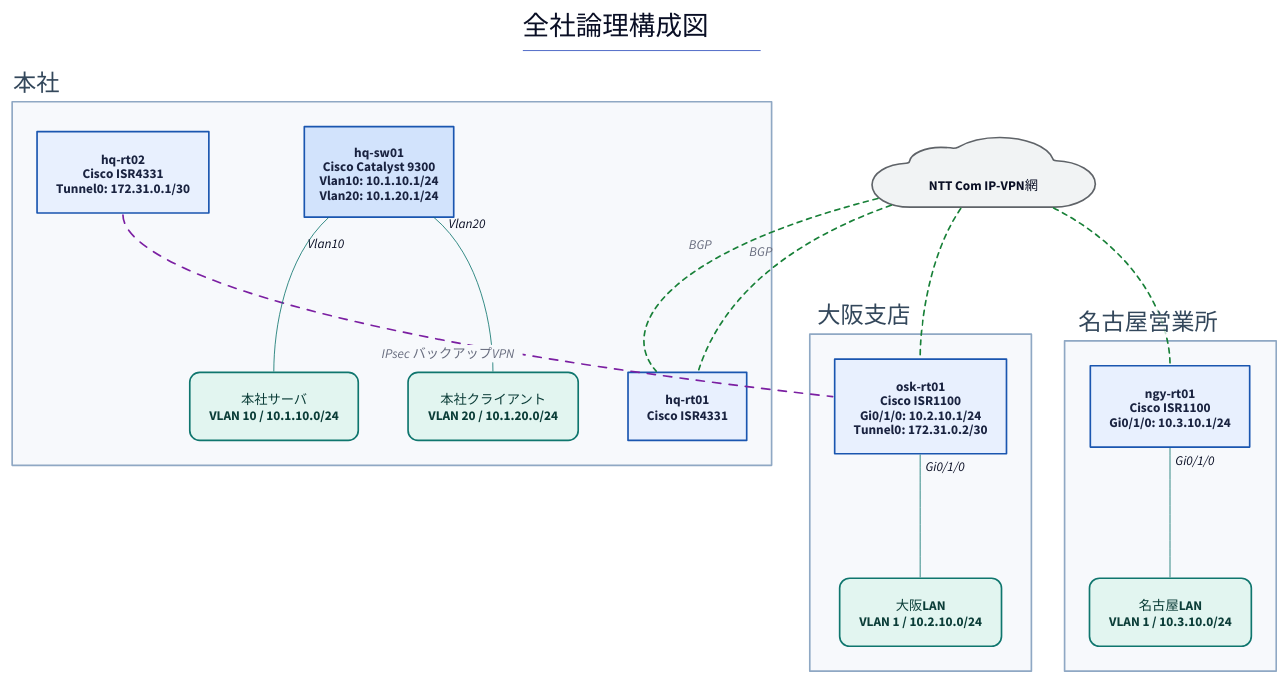
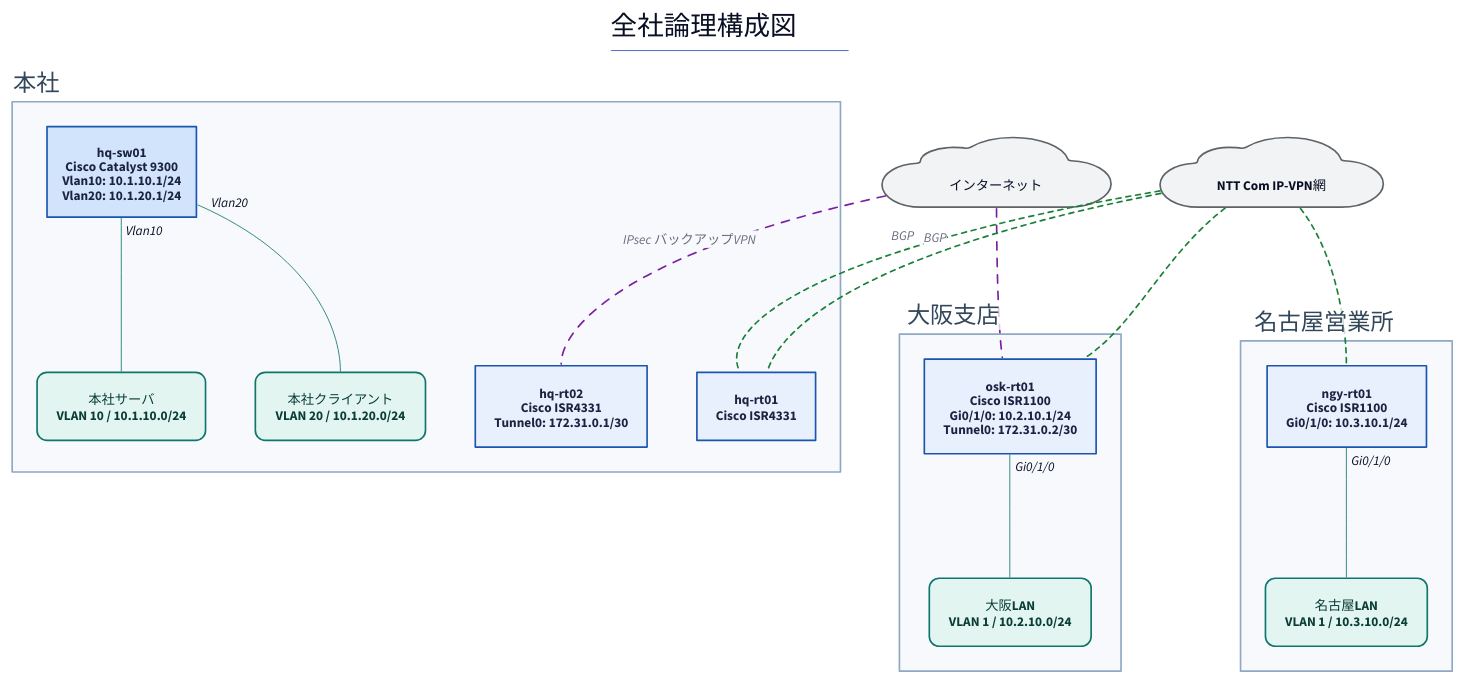
Before and after one commit to thinas1115/nwdsl: the diagram in examples/sample-corp/generated/logical-all.d2, drawn with D2. The commit also changed 51 other files, not shown here.

```diff
--- a/examples/sample-corp/generated/logical-all.d2
+++ b/examples/sample-corp/generated/logical-all.d2
@@ -1,59 +1,61 @@
 title: |md
   # 全社論理構成図
 | {near: top-center}
 direction: down
 
 classes: {
   role-router: {style.fill: "#e8f0fe"; style.stroke: "#1a56b0"; style.font-color: "#1a2340"}
   role-l3switch: {style.fill: "#d2e3fc"; style.stroke: "#1a56b0"; style.font-color: "#1a2340"}
   role-l2switch: {style.fill: "#e6f4ea"; style.stroke: "#137333"; style.font-color: "#1a2e1f"}
   role-firewall: {style.fill: "#fce8e6"; style.stroke: "#c5221f"; style.font-color: "#3c1a19"}
   role-other: {style.fill: "#f1f3f4"; style.stroke: "#5f6368"; style.font-color: "#202124"}
   node-cloud: {shape: cloud; style.fill: "#f1f3f4"; style.stroke: "#5f6368"}
   node-site: {style.fill: "#fff8e1"; style.stroke: "#b58105"; style.font-color: "#4a3a08"}
   node-segment: {style.fill: "#e2f5f0"; style.stroke: "#0f766e"; style.font-color: "#0b3d38"; style.border-radius: 12}
   node-external: {style.fill: "#ffffff"; style.stroke: "#9aa0a6"; style.stroke-dash: 3}
   group-site: {style.fill: "#f7f9fc"; style.stroke: "#8fa8c4"; style.font-color: "#33475b"}
   edge-label: {style.fill: "transparent"; style.stroke: "transparent"; style.font-size: 14; style.font-color: "#5f6368"; style.italic: true}
   edge-lan-cable: {style.stroke: "#4a4a4a"; style.stroke-width: 2}
   edge-wan-circuit: {style.stroke: "#1a73e8"; style.stroke-width: 4}
   edge-tunnel: {style.stroke: "#7b1fa2"; style.stroke-width: 2; style.stroke-dash: 5}
   edge-logical: {style.stroke: "#188038"; style.stroke-width: 2; style.stroke-dash: 3}
   edge-segment: {style.stroke: "#0f766e"; style.stroke-width: 1}
 }
 
 s_hq: "本社" {
   class: group-site
   label.near: outside-top-left
   n_hq_rt02: "hq-rt02\nCisco ISR4331\nTunnel0: 172.31.0.1/30" {class: role-router}
   n_hq_rt01: "hq-rt01\nCisco ISR4331" {class: role-router}
   n_hq_sw01: "hq-sw01\nCisco Catalyst 9300\nVlan10: 10.1.10.1/24\nVlan20: 10.1.20.1/24" {class: role-l3switch; width: 180}
   n_seg__hq_server: "本社サーバ\nVLAN 10 / 10.1.10.0/24" {class: node-segment}
   n_seg__hq_client: "本社クライアント\nVLAN 20 / 10.1.20.0/24" {class: node-segment}
 }
 
 s_osk: "大阪支店" {
   class: group-site
   label.near: outside-top-left
   n_osk_rt01: "osk-rt01\nCisco ISR1100\nGi0/1/0: 10.2.10.1/24\nTunnel0: 172.31.0.2/30" {class: role-router}
   n_seg__osk_lan: "大阪LAN\nVLAN 1 / 10.2.10.0/24" {class: node-segment}
 }
 
 s_ngy: "名古屋営業所" {
   class: group-site
   label.near: outside-top-left
   n_ngy_rt01: "ngy-rt01\nCisco ISR1100\nGi0/1/0: 10.3.10.1/24" {class: role-router}
   n_seg__ngy_lan: "名古屋LAN\nVLAN 1 / 10.3.10.0/24" {class: node-segment}
 }
 
+n_internet: "　インターネット　" {class: node-cloud}
 n_ipvpn: "　NTT Com IP-VPN網　" {class: node-cloud}
 
-s_hq.n_hq_rt02 -- s_osk.n_osk_rt01: "IPsec バックアップVPN" {class: edge-tunnel}
+n_internet -- s_hq.n_hq_rt02: "IPsec バックアップVPN" {class: edge-tunnel}
+n_internet -- s_osk.n_osk_rt01 {class: edge-tunnel}
 n_ipvpn -- s_hq.n_hq_rt01: "BGP" {class: edge-logical}
 n_ipvpn -- s_osk.n_osk_rt01 {class: edge-logical}
 n_ipvpn -- s_hq.n_hq_rt01: "BGP" {class: edge-logical}
 n_ipvpn -- s_ngy.n_ngy_rt01 {class: edge-logical}
 s_hq.n_hq_sw01 -- s_hq.n_seg__hq_server {class: edge-segment; source-arrowhead.label: "Vlan10"}
 s_hq.n_hq_sw01 -- s_hq.n_seg__hq_client {class: edge-segment; source-arrowhead.label: "Vlan20"}
 s_osk.n_osk_rt01 -- s_osk.n_seg__osk_lan {class: edge-segment; source-arrowhead.label: "Gi0/1/0"}
 s_ngy.n_ngy_rt01 -- s_ngy.n_seg__ngy_lan {class: edge-segment; source-arrowhead.label: "Gi0/1/0"}
```
